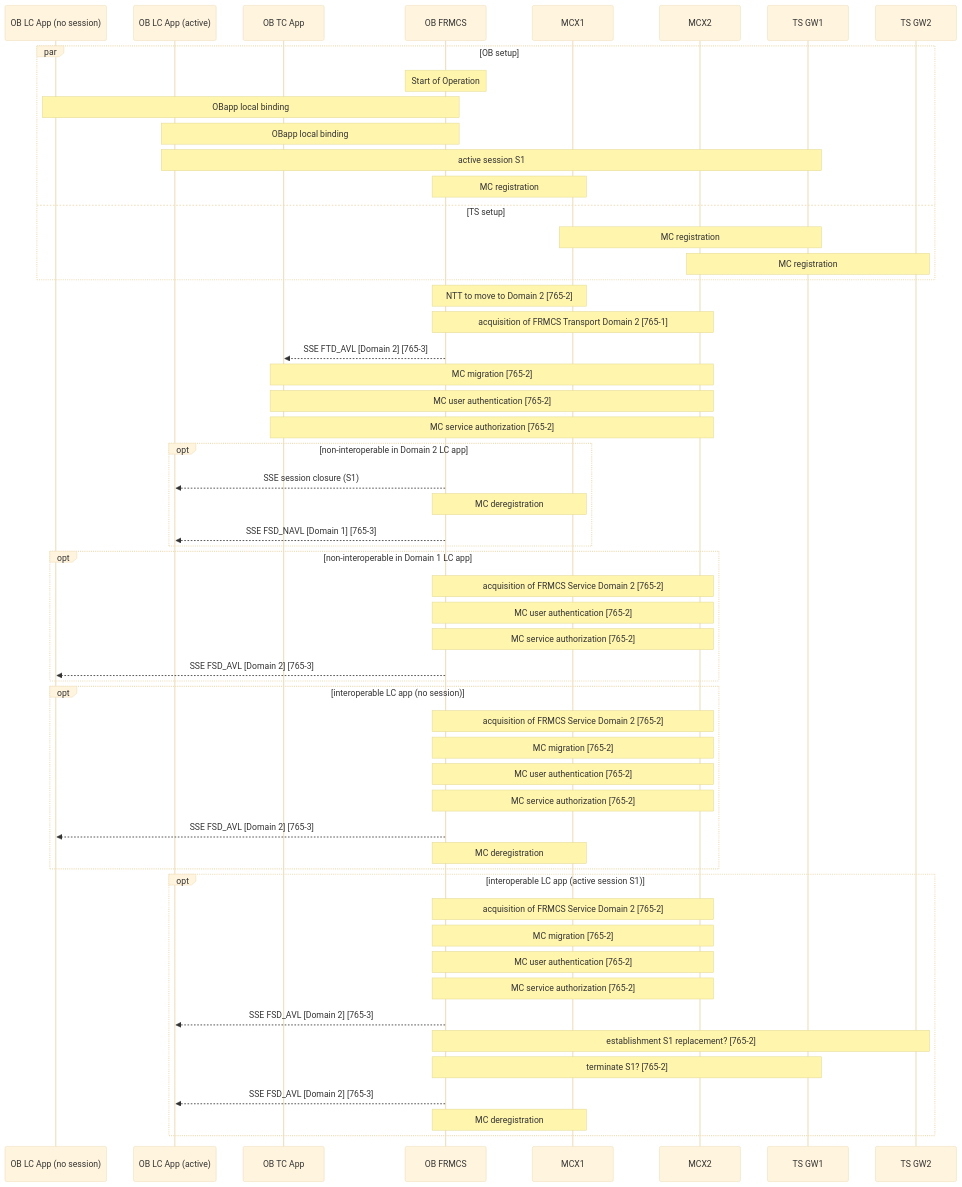
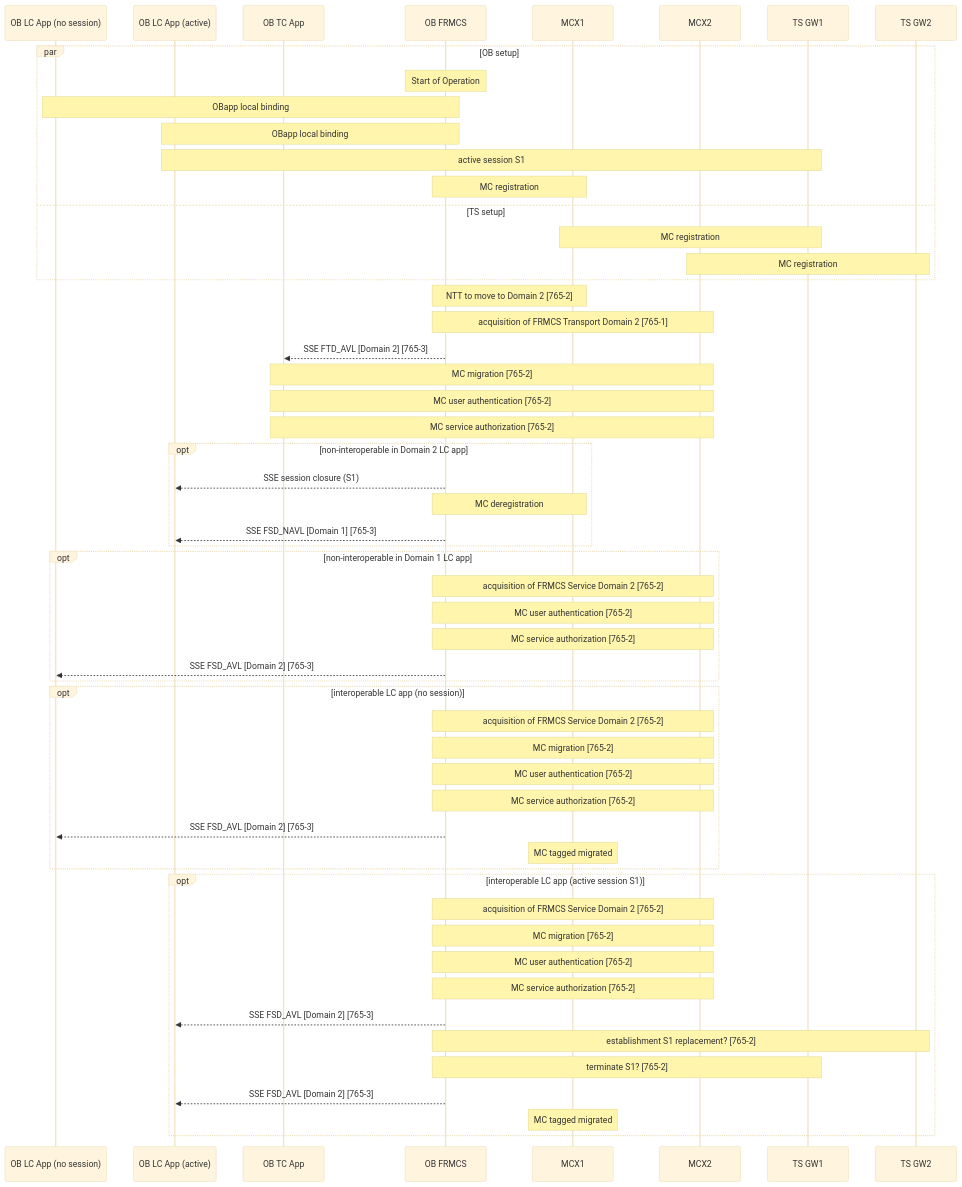
Before and after one commit to UICrail/FRMCSSandbox: the third of 3 diagrams in E2EProcedures/README.md, drawn with Mermaid (base theme).

Commit message:
README.md - IFTDT corrected erroneous MC deregistration for non-interop LC apps

````diff
--- a/E2EProcedures/README.md
+++ b/E2EProcedures/README.md
@@ -96,69 +96,69 @@
 ```mermaid
 
 sequenceDiagram
 participant AL1 as OB LC App (no session)
 participant AL2 as OB LC App (active)
 participant AT as OB TC App
 participant O as OB FRMCS
 participant M1 as MCX1
 participant M2 as MCX2
 participant T1 as TS GW1
 participant T2 as TS GW2
 %participant B1 as RBC1
 %participant B2 as RBC2
 
 par OB setup
 	Note over O: Start of Operation 
 	Note over AL1,O: OBapp local binding
   Note over AL2,O: OBapp local binding
   Note over AL2,T1: active session S1
 	Note over O,M1:	MC registration
 and TS setup
 	%Note over B1,T1: TSapp local binding
 	%Note over B2,T2: TSapp local binding
 	Note over T1,M1: MC registration
 	Note over T2,M2: MC registration
 end
 
 % BXL
 Note over O,M1: NTT to move to Domain 2  [765-2]
 
 % BXL - TC
 Note over O,M2: acquisition of FRMCS Transport Domain 2  [765-1]
 O-->>AT: SSE FTD_AVL [Domain 2]  [765-3]
 Note over AT,M2:  MC migration  [765-2]
 Note over AT,M2:  MC user authentication [765-2]
 Note over AT,M2:  MC service authorization [765-2]
 
 opt non-interoperable in Domain 2 LC app
   O-->>AL2:  SSE session closure (S1)
   Note over O,M1: MC deregistration
   O-->>AL2:  SSE FSD_NAVL [Domain 1]  [765-3]
 end
 opt non-interoperable in Domain 1 LC app
   Note over O,M2: acquisition of FRMCS Service Domain 2  [765-2]
   Note over O,M2:  MC user authentication [765-2]
   Note over O,M2:  MC service authorization [765-2]
   O-->>AL1:  SSE FSD_AVL [Domain 2]  [765-3]
 end
 opt interoperable LC app (no session)
   Note over O,M2: acquisition of FRMCS Service Domain 2  [765-2]
   Note over O,M2:  MC migration  [765-2]
   Note over O,M2:  MC user authentication [765-2]
   Note over O,M2:  MC service authorization [765-2]
   O-->>AL1: SSE FSD_AVL [Domain 2]  [765-3]
-  Note over O,M1: MC deregistration
+  Note over M1: MC tagged migrated
 end
 opt interoperable LC app (active session S1)
   Note over O,M2: acquisition of FRMCS Service Domain 2  [765-2]
   Note over O,M2:  MC migration  [765-2]
   Note over O,M2:  MC user authentication [765-2]
   Note over O,M2:  MC service authorization [765-2]
   O-->>AL2: SSE FSD_AVL [Domain 2]  [765-3]
   Note over O,T2: establishment S1 replacement?  [765-2]
   Note over O,T1: terminate S1?  [765-2]
   O-->>AL2: SSE FSD_AVL [Domain 2]  [765-3]
-  Note over O,M1: MC deregistration
+  Note over M1: MC tagged migrated
 end
 
 ```
````
